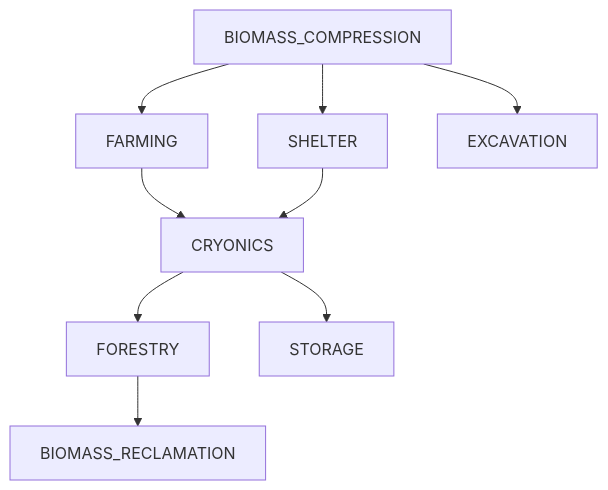
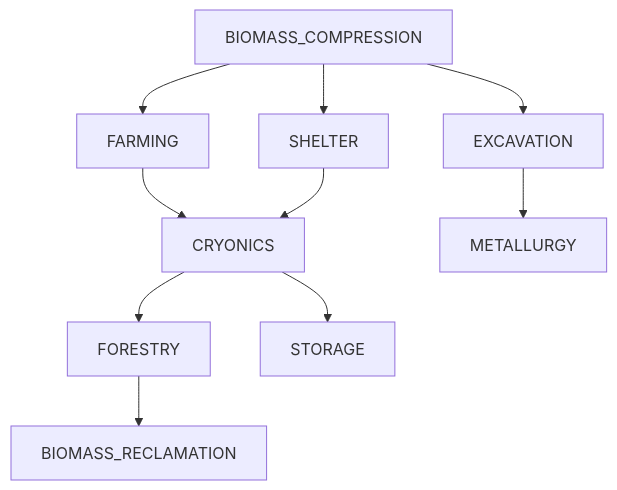
One commit to krnsk0/idler changed the diagram in docs/TECH_TREE.md. Above: the diagram before and after it, drawn with Mermaid. The commit also changed 10 other files, not shown here.

````diff
--- a/docs/TECH_TREE.md
+++ b/docs/TECH_TREE.md
@@ -3,23 +3,25 @@
 ```mermaid
 
 flowchart TD;
   A[BIOMASS_COMPRESSION]
   B[FARMING]
   C[SHELTER]
   D[CRYONICS]
   E[FORESTRY]
   F[STORAGE]
   G[BIOMASS_RECLAMATION]
   H[EXCAVATION]
+  I[METALLURGY]
 
   A --> B
   A --> C
   A --> H
   B --> D
   C --> D
   D --> E
   D --> F
   E --> G
+  H --> I
 
 
 ```
````
